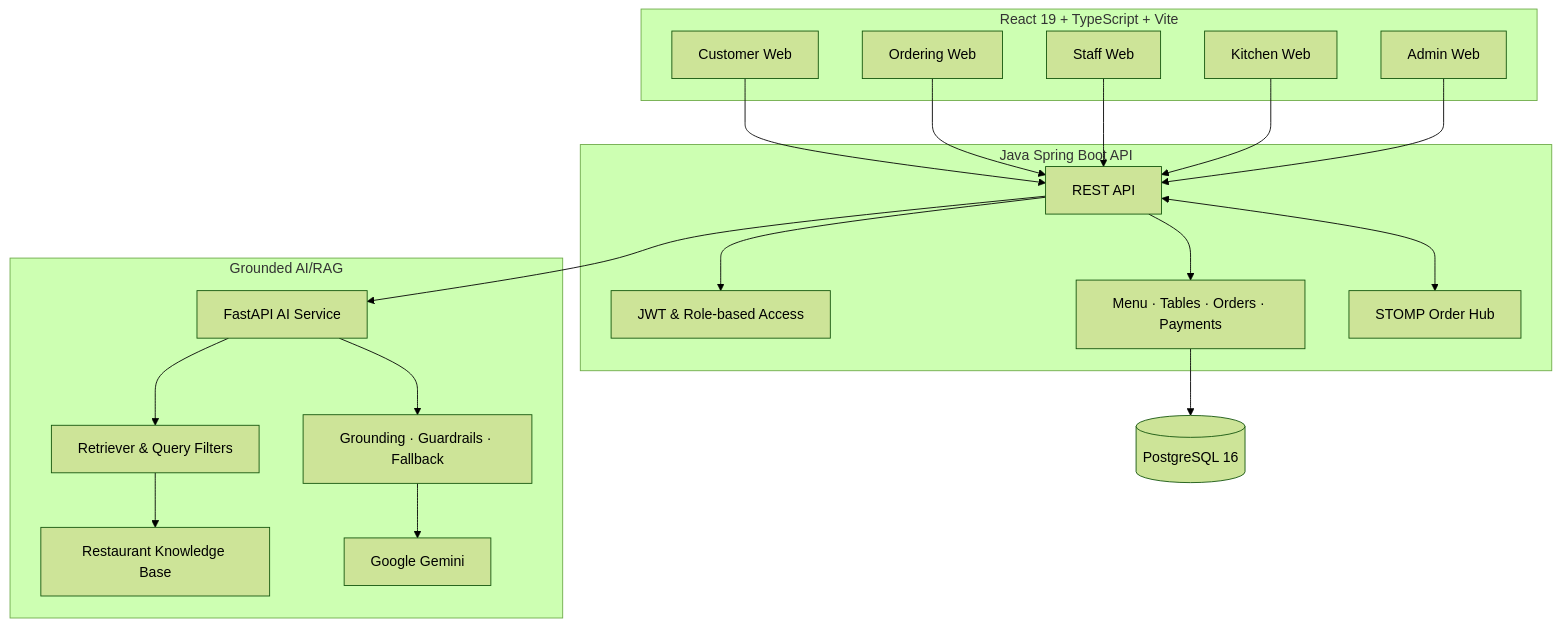
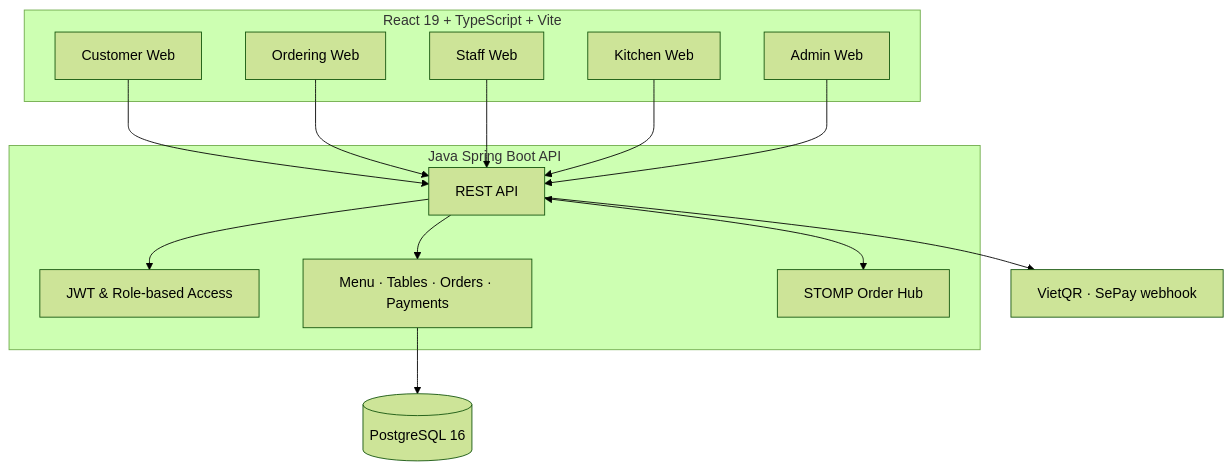
One commit to Anpham120/restaurant-qr-ai-ordering-mobile changed the second of 2 diagrams in README.md. Above: the diagram before and after it, drawn with Mermaid (forest theme). The commit also changed other lines of this file and 246 other files, not shown here.

````diff
--- a/README.md
+++ b/README.md
@@ -91,36 +89,29 @@
 ```mermaid
 flowchart TB
   subgraph Clients["React 19 + TypeScript + Vite"]
     Customer["Customer Web"]
     Ordering["Ordering Web"]
     Staff["Staff Web"]
     Kitchen["Kitchen Web"]
     Admin["Admin Web"]
   end
 
   Customer --> API
   Ordering --> API
   Staff --> API
   Kitchen --> API
   Admin --> API
 
   subgraph Backend["Java Spring Boot API"]
     API["REST API"]
     Auth["JWT & Role-based Access"]
     Orders["Menu · Tables · Orders · Payments"]
     Hub["STOMP Order Hub"]
   end
 
   API --> Auth
   API --> Orders
   API <--> Hub
   Orders --> DB[("PostgreSQL 16")]
-  API --> AI["FastAPI AI Service"]
-
-  subgraph Intelligence["Grounded AI/RAG"]
-    AI --> Retriever["Retriever & Query Filters"]
-    Retriever --> KB["Restaurant Knowledge Base"]
-    AI --> Guardrails["Grounding · Guardrails · Fallback"]
-    Guardrails --> LLM["Google Gemini"]
-  end
+  API --> Pay["VietQR · SePay webhook"]
 ```
````
